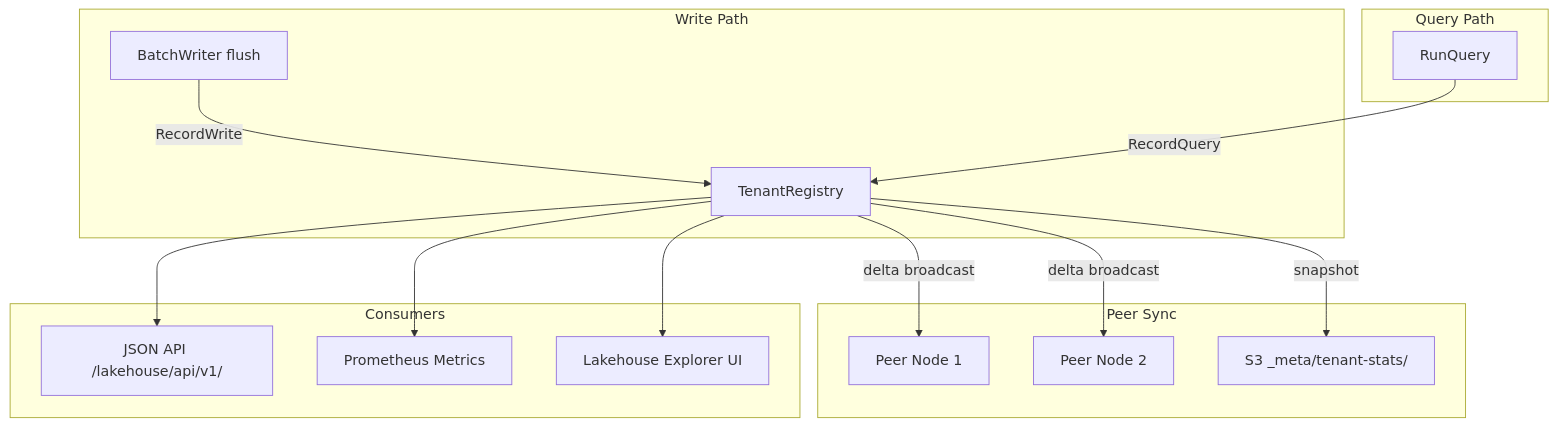
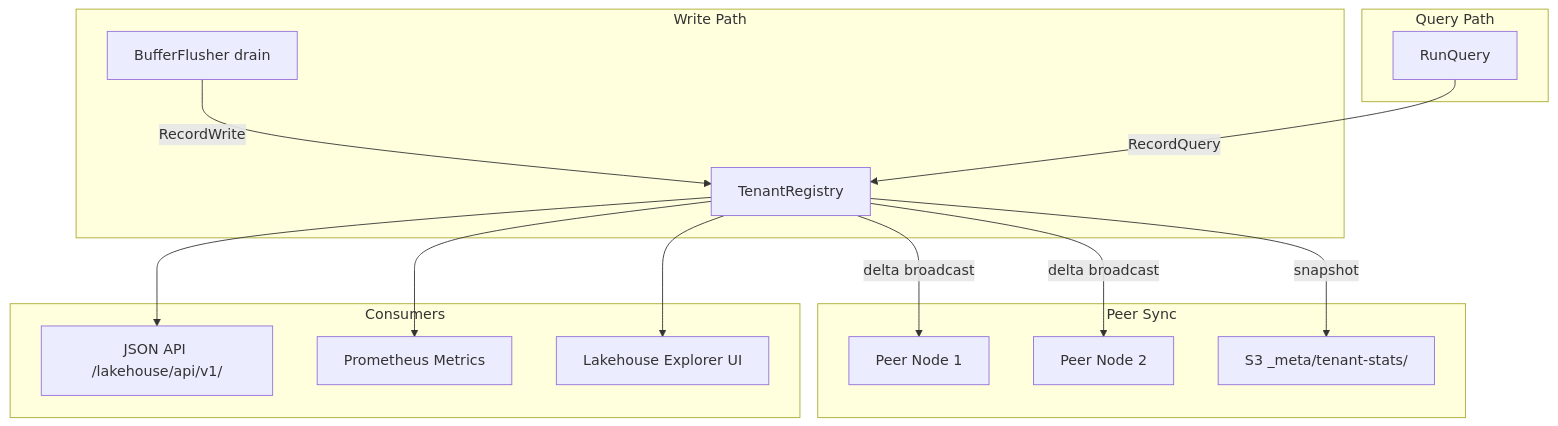
The first of 3 diagrams in docs/tenant-stats.md (ReliablyObserve/victoria-lakehouse), drawn with Mermaid before and after one commit. The commit also changed 34 other files, not shown here.

````diff
--- a/docs/tenant-stats.md
+++ b/docs/tenant-stats.md
@@ -12,22 +12,22 @@
 ```mermaid
 graph TD
     subgraph Write Path
-        BW[BatchWriter flush] -->|RecordWrite| TR[TenantRegistry]
+        BW[BufferFlusher drain] -->|RecordWrite| TR[TenantRegistry]
     end
 
     subgraph Query Path
         RQ[RunQuery] -->|RecordQuery| TR
     end
 
     subgraph Peer Sync
         TR -->|delta broadcast| P1[Peer Node 1]
         TR -->|delta broadcast| P2[Peer Node 2]
         TR -->|snapshot| S3M["S3 _meta/tenant-stats/"]
     end
 
     subgraph Consumers
         TR --> API["JSON API /lakehouse/api/v1/"]
         TR --> PROM[Prometheus Metrics]
         TR --> UI[Lakehouse Explorer UI]
     end
 ```
````
